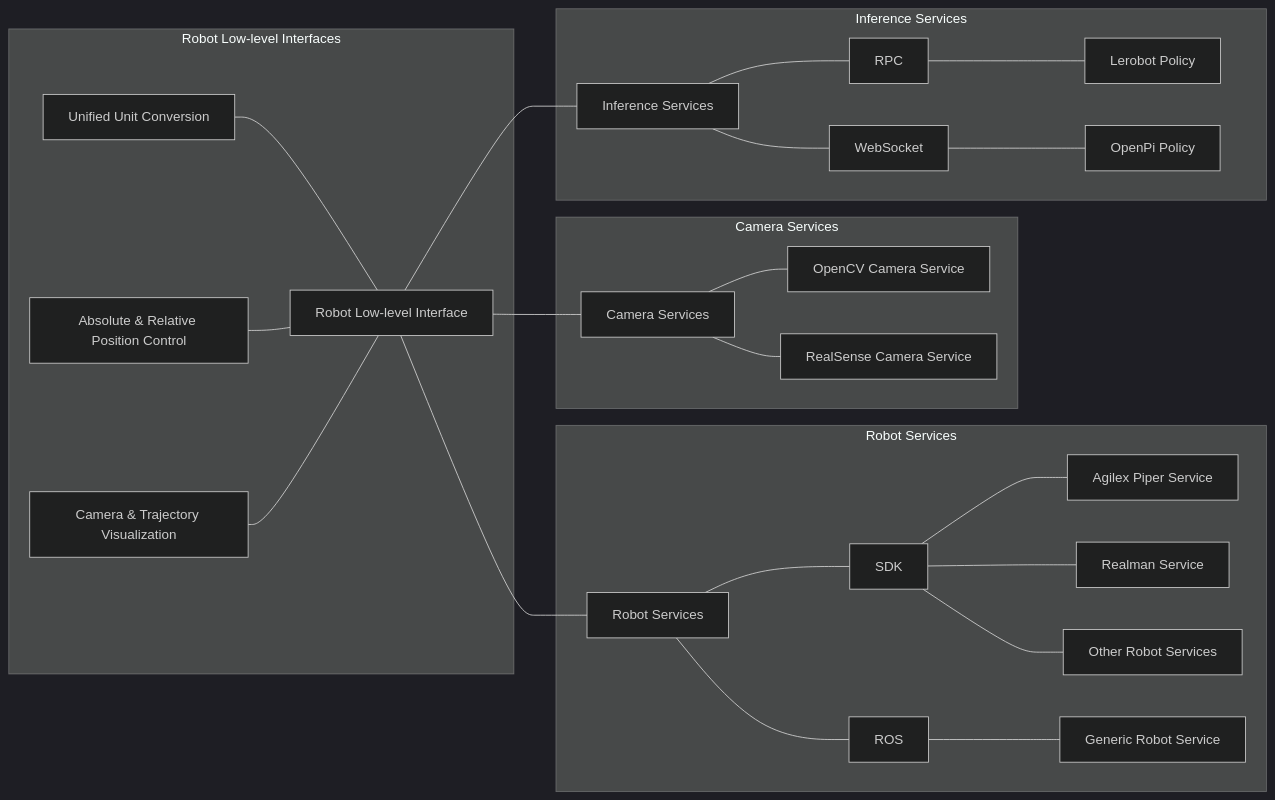
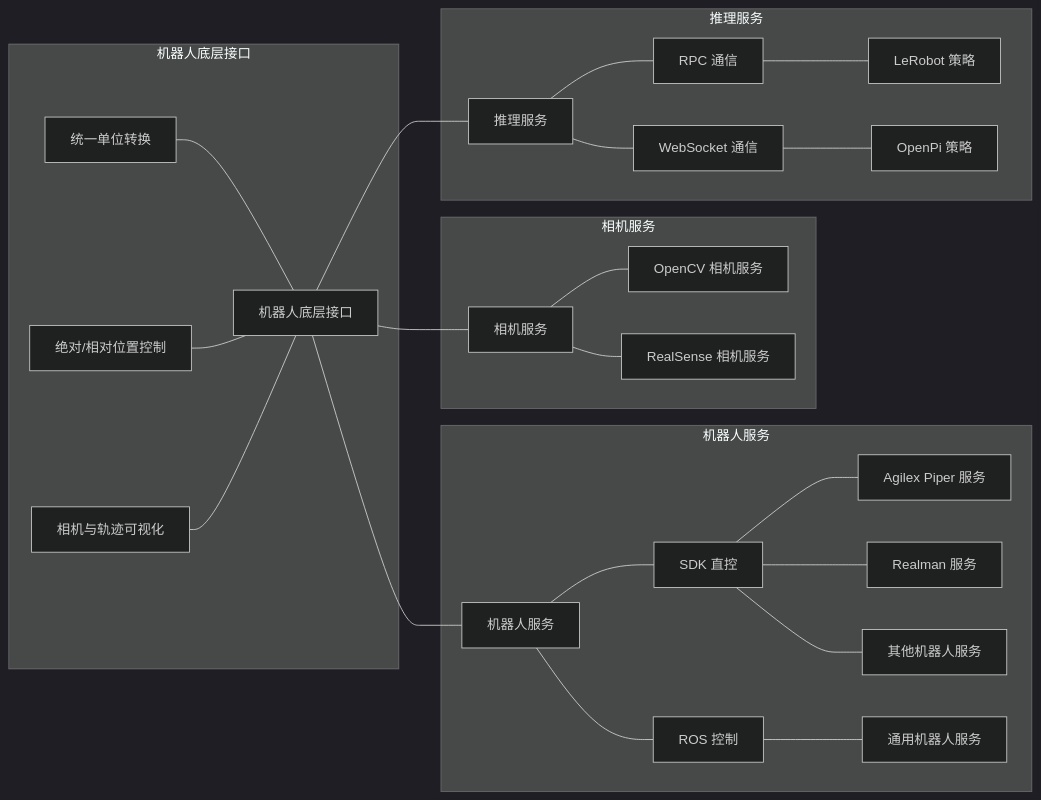
Before and after one commit to FlagOpen/RoboCOIN: the first of 8 diagrams in README_zh-CN.md, drawn with Mermaid (dark theme). The commit also changed other lines of this file and 52 other files, not shown here.

````diff
--- a/README_zh-CN.md
+++ b/README_zh-CN.md
@@ -115,62 +124,60 @@
 ```mermaid
 graph LR
-    subgraph Robot Low-level Interfaces
-    A1[Unified Unit Conversion]
-    A2[Absolute & Relative Position Control]
-    A3[Camera & Trajectory Visualization]
-    A[Robot Low-level Interface]
+    subgraph 机器人底层接口
+    A1[统一单位转换]
+    A2[绝对/相对位置控制]
+    A3[相机与轨迹可视化]
+    A[机器人底层接口]
     end
     
-    %% Robot Service Layer
-    subgraph Robot Services
-    C[Robot Services]
-    C1[SDK]
-    C2[ROS]
-    C11[Agilex Piper Service]
-    C12[Realman Service]
-    C13[Other Robot Services]
-    C21[Generic Robot Service]
+    %% 机器人服务层
+    subgraph 机器人服务
+    C[机器人服务]
+    C1[SDK 直控]
+    C2[ROS 控制]
+    C11[Agilex Piper 服务]
+    C12[Realman 服务]
+    C13[其他机器人服务]
+    C21[通用机器人服务]
     end
     
-    %% Camera Service Layer
-    subgraph Camera Services
-    D[Camera Services]
-    D1[OpenCV Camera Service]
-    D2[RealSense Camera Service]
+    %% 相机服务层
+    subgraph 相机服务
+    D[相机服务]
+    D1[OpenCV 相机服务]
+    D2[RealSense 相机服务]
     end
     
-    %% Inference Service Layer
-    subgraph Inference Services
-    E[Inference Services]
-    E1[RPC]
-    E11[Lerobot Policy]
-    E2[WebSocket]
-    E21[OpenPi Policy]
+    %% 推理服务层
+    subgraph 推理服务
+    E[推理服务]
+    E1[RPC 通信]
+    E11[LeRobot 策略]
+    E2[WebSocket 通信]
+    E21[OpenPi 策略]
     end
     
-    %% Connection Relationships
-
+    %% 连接关系
     A1 --- A
     A2 --- A
     A3 --- A
 
     C --- C1
     C --- C2
     C1 --- C11
     C1 --- C12
     C1 --- C13
     C2 --- C21
     
     D --- D1
     D --- D2
 
     E --- E1
     E1 --- E11
     E --- E2
     E2 --- E21
 
     A --- C
     A --- D
     A --- E
-    
 ```
````
